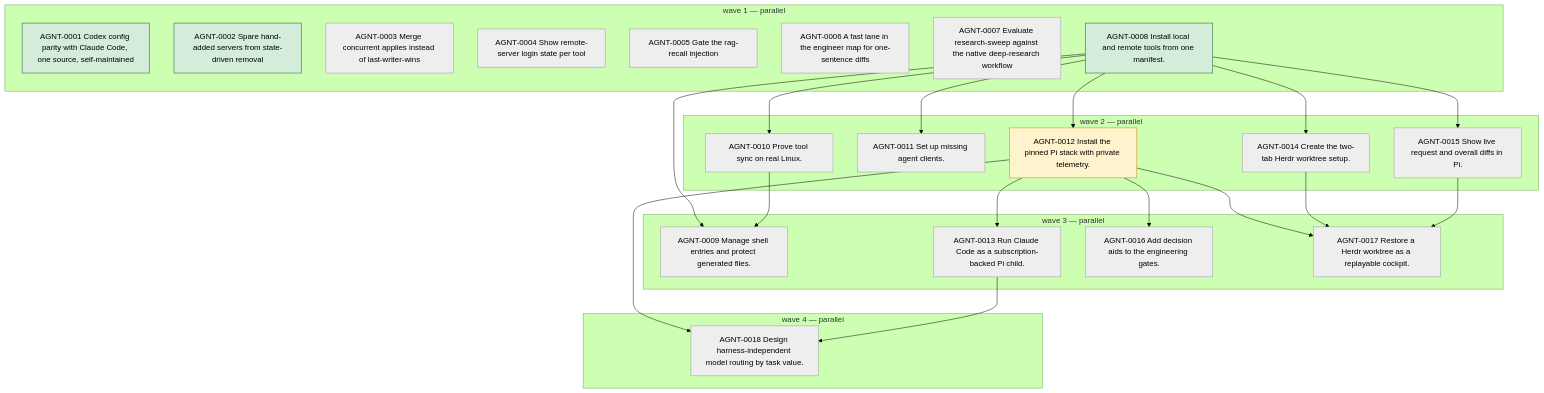
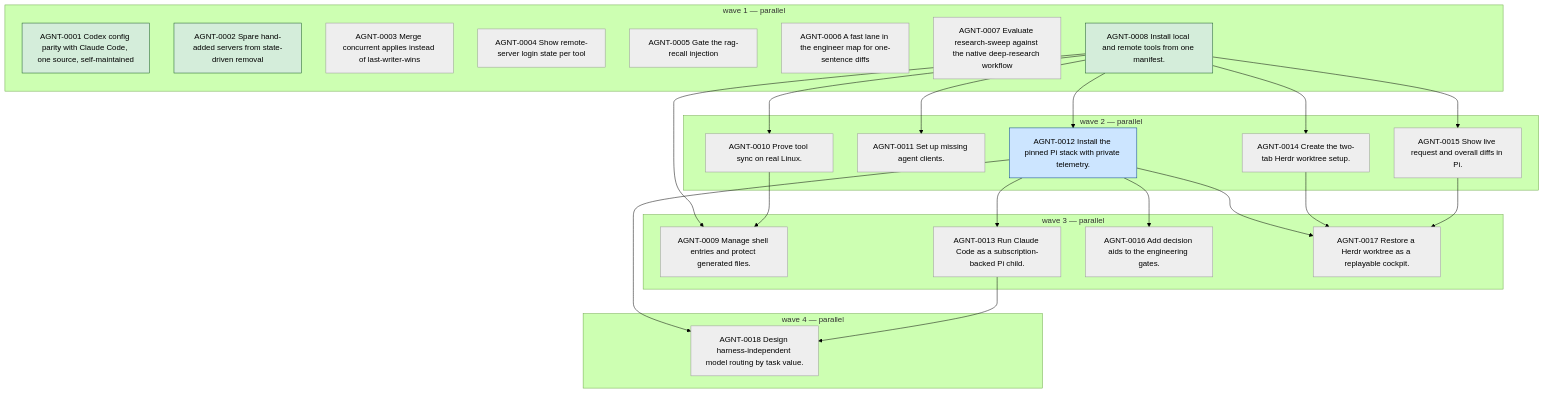
Before and after one commit to OwaisQuadri/agents: the diagram in .map/roadmap.mmd, drawn with Mermaid (forest theme). The commit also changed 1 other file, not shown here.

Commit message:
map(AGNT-0012): phase 23 close

```diff
--- a/.map/roadmap.mmd
+++ b/.map/roadmap.mmd
@@ -1,46 +1,46 @@
 flowchart TD
   classDef todo fill:#eeeeee,stroke:#999999
   classDef inprogress fill:#fff3cd,stroke:#b8860b
   classDef resolved fill:#cce5ff,stroke:#004085
   classDef done fill:#d4edda,stroke:#155724
   classDef cancelled fill:#f8d7da,stroke:#721c24,stroke-dasharray: 5 5
   subgraph wave1 ["wave 1 — parallel"]
     AGNT_0001["AGNT-0001 Codex config parity with Claude Code, one source, self-maintained"]:::done
     AGNT_0002["AGNT-0002 Spare hand-added servers from state-driven removal"]:::done
     AGNT_0003["AGNT-0003 Merge concurrent applies instead of last-writer-wins"]:::todo
     AGNT_0004["AGNT-0004 Show remote-server login state per tool"]:::todo
     AGNT_0005["AGNT-0005 Gate the rag-recall injection"]:::todo
     AGNT_0006["AGNT-0006 A fast lane in the engineer map for one-sentence diffs"]:::todo
     AGNT_0007["AGNT-0007 Evaluate research-sweep against the native deep-research workflow"]:::todo
     AGNT_0008["AGNT-0008 Install local and remote tools from one manifest."]:::done
   end
   subgraph wave2 ["wave 2 — parallel"]
     AGNT_0010["AGNT-0010 Prove tool sync on real Linux."]:::todo
     AGNT_0011["AGNT-0011 Set up missing agent clients."]:::todo
-    AGNT_0012["AGNT-0012 Install the pinned Pi stack with private telemetry."]:::inprogress
+    AGNT_0012["AGNT-0012 Install the pinned Pi stack with private telemetry."]:::resolved
     AGNT_0014["AGNT-0014 Create the two-tab Herdr worktree setup."]:::todo
     AGNT_0015["AGNT-0015 Show live request and overall diffs in Pi."]:::todo
   end
   subgraph wave3 ["wave 3 — parallel"]
     AGNT_0009["AGNT-0009 Manage shell entries and protect generated files."]:::todo
     AGNT_0013["AGNT-0013 Run Claude Code as a subscription-backed Pi child."]:::todo
     AGNT_0016["AGNT-0016 Add decision aids to the engineering gates."]:::todo
     AGNT_0017["AGNT-0017 Restore a Herdr worktree as a replayable cockpit."]:::todo
   end
   subgraph wave4 ["wave 4 — parallel"]
     AGNT_0018["AGNT-0018 Design harness-independent model routing by task value."]:::todo
   end
   AGNT_0008 --> AGNT_0009
   AGNT_0010 --> AGNT_0009
   AGNT_0008 --> AGNT_0010
   AGNT_0008 --> AGNT_0011
   AGNT_0008 --> AGNT_0012
   AGNT_0012 --> AGNT_0013
   AGNT_0008 --> AGNT_0014
   AGNT_0008 --> AGNT_0015
   AGNT_0012 --> AGNT_0016
   AGNT_0012 --> AGNT_0017
   AGNT_0014 --> AGNT_0017
   AGNT_0015 --> AGNT_0017
   AGNT_0012 --> AGNT_0018
   AGNT_0013 --> AGNT_0018
```
